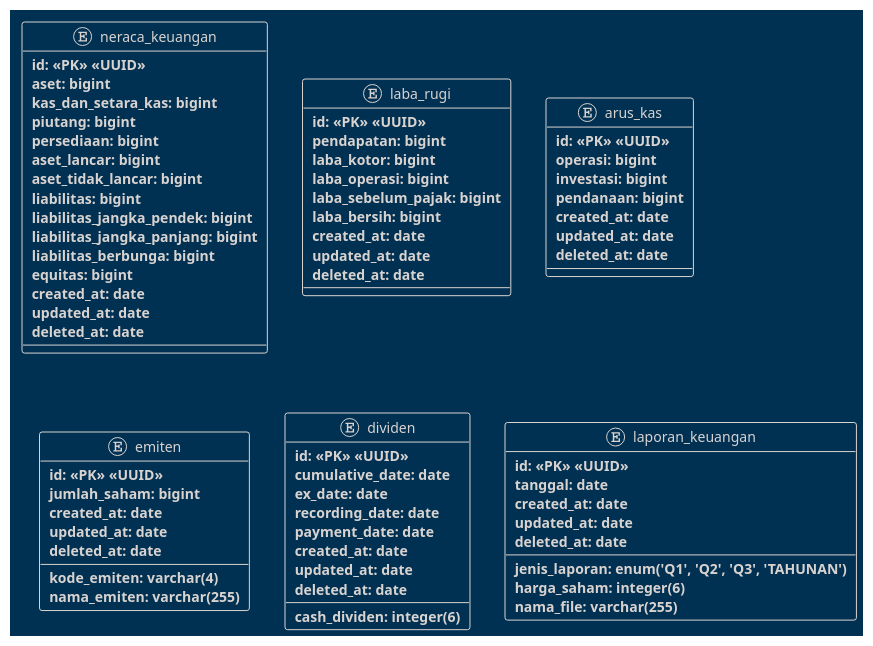
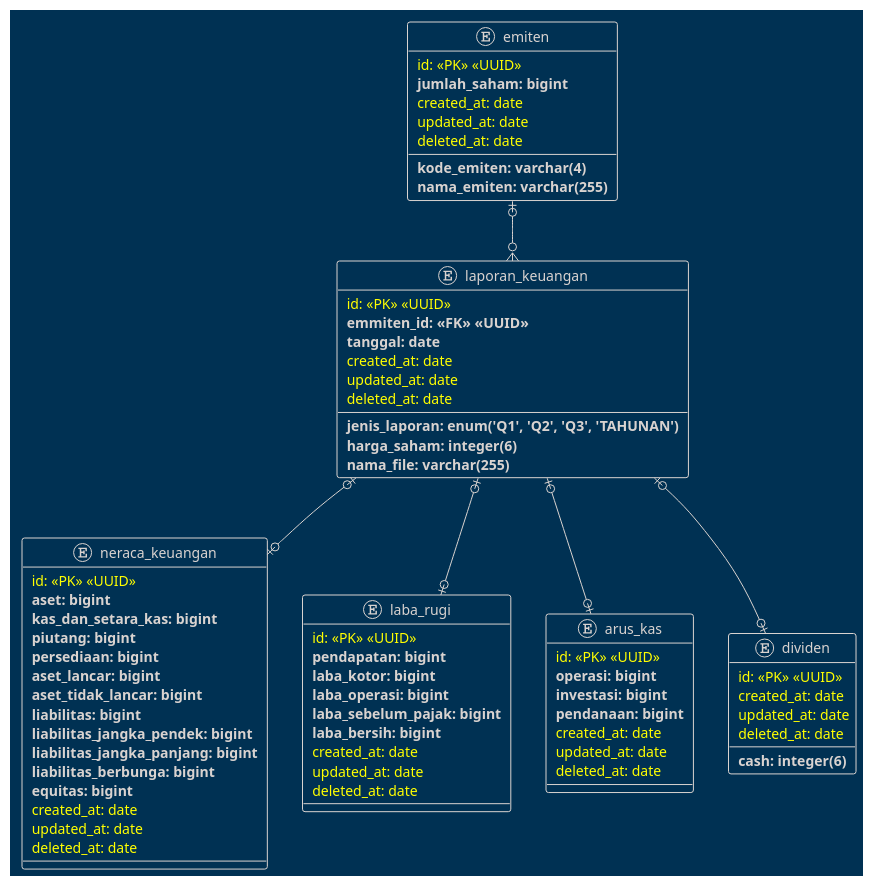
Before and after one commit to lukmanharun1/laporan_keuangan: the diagram in erd-laporan-keuangan/laporan_emiten.puml, drawn with PlantUML. The commit also changed 1 other file, not shown here.

Commit message:
buat relationship

```diff
--- a/erd-laporan-keuangan/laporan_emiten.puml
+++ b/erd-laporan-keuangan/laporan_emiten.puml
@@ -1,74 +1,78 @@
 @startuml laporan_emiten
+
 !theme blueprint
   entity neraca_keuangan {
-    ** id: <<PK>> <<UUID>> **
+    <color:yellow> id: <<PK>> <<UUID>></color>
     ** aset: bigint **
     ** kas_dan_setara_kas: bigint **
     ** piutang: bigint **
     ** persediaan: bigint **
     ** aset_lancar: bigint **
     ** aset_tidak_lancar: bigint **
     ** liabilitas: bigint **
     ** liabilitas_jangka_pendek: bigint **
     ** liabilitas_jangka_panjang: bigint **
     ** liabilitas_berbunga: bigint **
     ** equitas: bigint **
-    ** created_at: date **
-    ** updated_at: date **
-    ** deleted_at: date **
+    <color:yellow> created_at: date</color>
+    <color:yellow> updated_at: date</color>
+    <color:yellow> deleted_at: date</color>
   }
 
   entity laba_rugi {
-    ** id: <<PK>> <<UUID>> **
+    <color:yellow> id: <<PK>> <<UUID>></color>
     ** pendapatan: bigint **
     ** laba_kotor: bigint **
     ** laba_operasi: bigint **
     ** laba_sebelum_pajak: bigint **
     ** laba_bersih: bigint **
-    ** created_at: date **
-    ** updated_at: date **
-    ** deleted_at: date **
+    <color:yellow> created_at: date</color>
+    <color:yellow> updated_at: date</color>
+    <color:yellow> deleted_at: date</color>
   }
 
   entity arus_kas {
-    ** id: <<PK>> <<UUID>> **
+    <color:yellow> id: <<PK>> <<UUID>></color>
     ** operasi: bigint **
     ** investasi: bigint **
     ** pendanaan: bigint **
-    ** created_at: date **
-    ** updated_at: date **
-    ** deleted_at: date **
+    <color:yellow> created_at: date</color>
+    <color:yellow> updated_at: date</color>
+    <color:yellow> deleted_at: date</color>
   }
 
   entity emiten {
-    ** id: <<PK>> <<UUID>> **
+    <color:yellow> id: <<PK>> <<UUID>></color>
     ** kode_emiten: varchar(4) **
     ** nama_emiten: varchar(255) **
     ** jumlah_saham: bigint **
-    ** created_at: date **
-    ** updated_at: date **
-    ** deleted_at: date **
+    <color:yellow> created_at: date</color>
+    <color:yellow> updated_at: date</color>
+    <color:yellow> deleted_at: date</color>
   }
 
   entity dividen {
-    ** id: <<PK>> <<UUID>> **
-    ** cash_dividen: integer(6) **
-    ** cumulative_date: date **
-    ** ex_date: date **
-    ** recording_date: date **
-    ** payment_date: date **
-    ** created_at: date **
-    ** updated_at: date **
-    ** deleted_at: date **
+    <color:yellow> id: <<PK>> <<UUID>></color>
+    ** cash: integer(6) **
+    <color:yellow> created_at: date</color>
+    <color:yellow> updated_at: date</color>
+    <color:yellow> deleted_at: date</color>
   }
   entity laporan_keuangan {
-    ** id: <<PK>> <<UUID>> **
+    <color:yellow> id: <<PK>> <<UUID>></color>
+    ** emmiten_id: <<FK>> <<UUID>> **
     ** jenis_laporan: enum('Q1', 'Q2', 'Q3', 'TAHUNAN') **
     ** tanggal: date **
     ** harga_saham: integer(6) **
     ** nama_file: varchar(255) **
-    ** created_at: date **
-    ** updated_at: date **
-    ** deleted_at: date **
+    <color:yellow> created_at: date</color>
+    <color:yellow> updated_at: date</color>
+    <color:yellow> deleted_at: date</color>
   }
+  ' relationship
+  emiten |o--o{ laporan_keuangan
+  laporan_keuangan |o--o| neraca_keuangan
+  laporan_keuangan |o--o| laba_rugi
+  laporan_keuangan |o--o| arus_kas
+  laporan_keuangan |o--o| dividen
 @enduml
```
